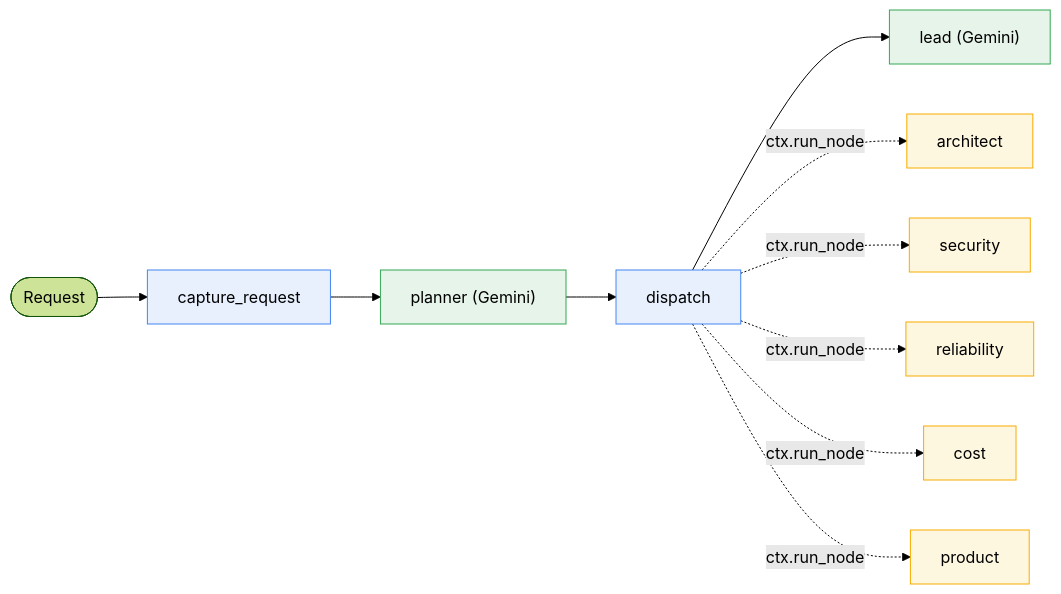
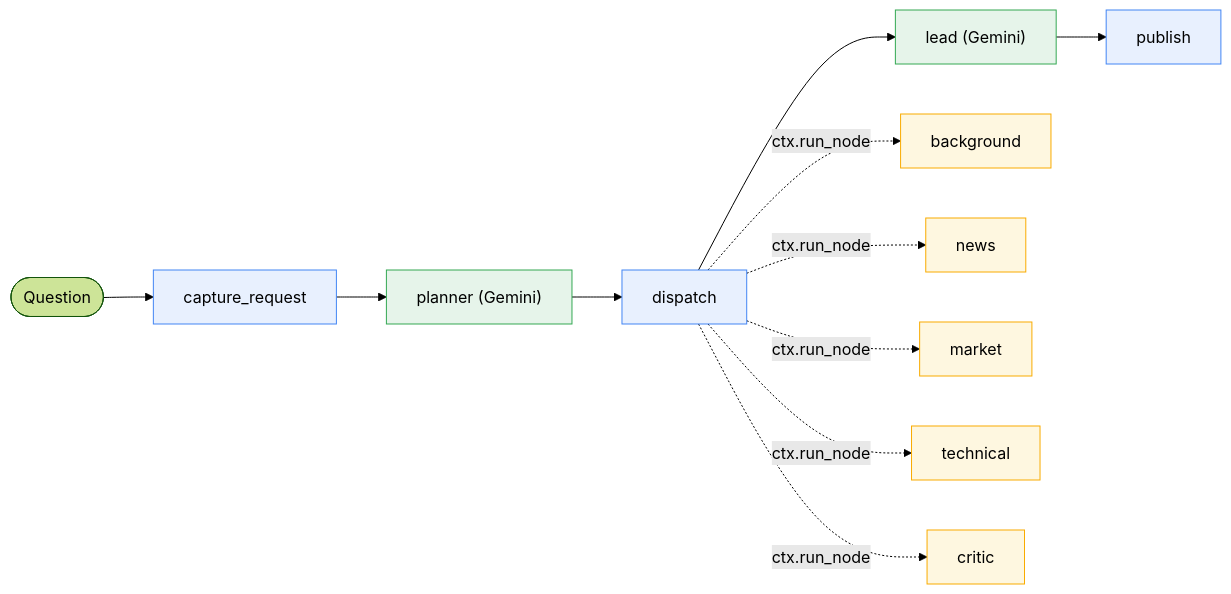
The diagram in examples/swarm/README.md (benmizrahi/adk-kanode), drawn with Mermaid (forest theme) before and after one commit. The commit also changed other lines of this file and 10 other files, not shown here.

````diff
--- a/examples/swarm/README.md
+++ b/examples/swarm/README.md
@@ -8,20 +10,21 @@
 ```mermaid
 flowchart LR
-    START([Request]) --> Q["capture_request"]
+    START([Question]) --> Q["capture_request"]
     Q --> P["planner (Gemini)"]
     P --> D["dispatch"]
     D --> L["lead (Gemini)"]
+    L --> O["publish"]
 
-    D -. "ctx.run_node" .-> A["architect"]
-    D -. "ctx.run_node" .-> S["security"]
-    D -. "ctx.run_node" .-> R["reliability"]
-    D -. "ctx.run_node" .-> C["cost"]
-    D -. "ctx.run_node" .-> U["product"]
+    D -. "ctx.run_node" .-> A["background"]
+    D -. "ctx.run_node" .-> S["news"]
+    D -. "ctx.run_node" .-> R["market"]
+    D -. "ctx.run_node" .-> C["technical"]
+    D -. "ctx.run_node" .-> U["critic"]
 
     classDef host fill:#e8f0fe,stroke:#4285f4,color:#000
     classDef worker fill:#e6f4ea,stroke:#34a853,color:#000
     classDef swarm fill:#fef7e0,stroke:#f9ab00,color:#000
-    class Q,D host
+    class Q,D,O host
     class P,L worker
     class A,S,R,C,U swarm
 ```
````
